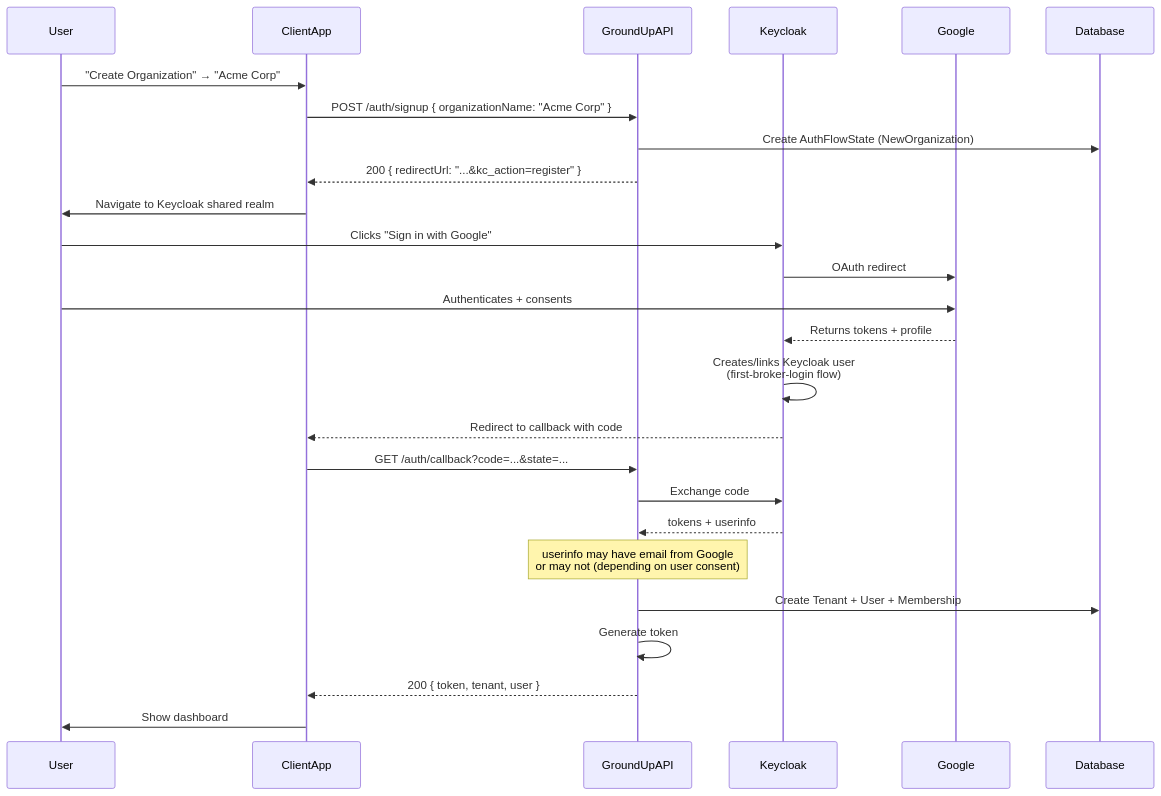
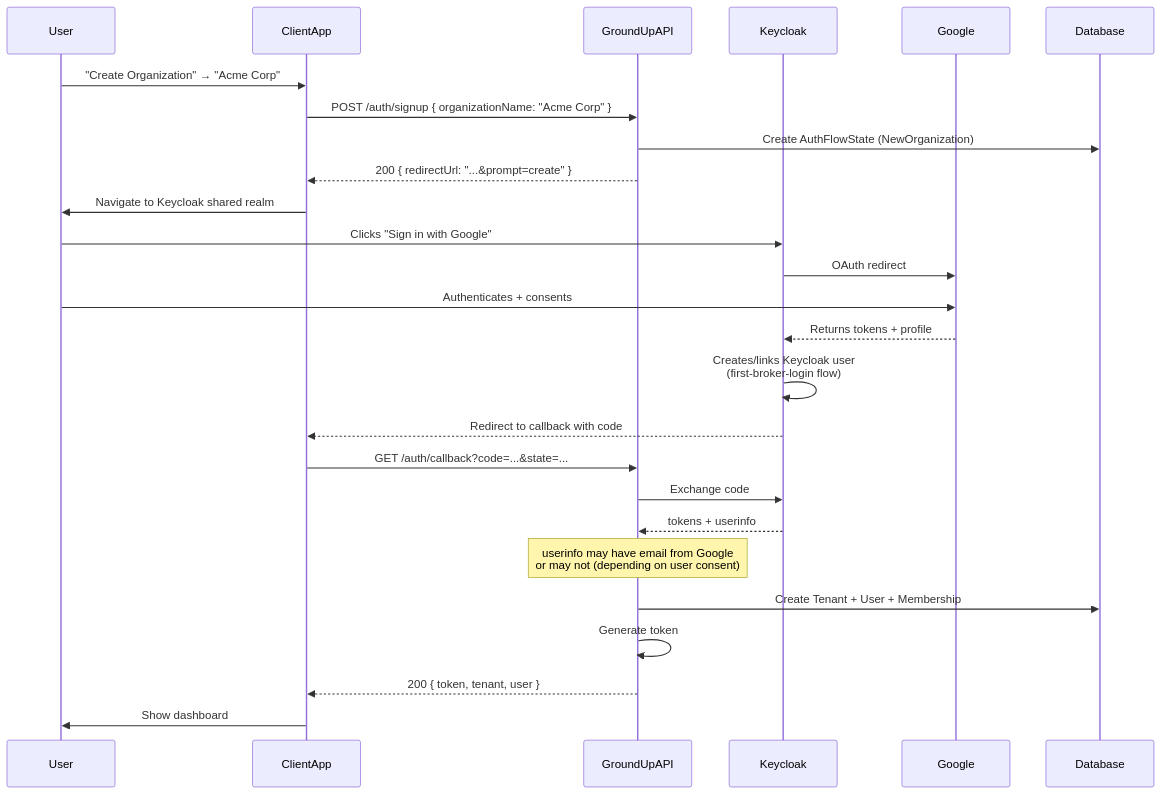
Diagram 21 of 23 in .kiro/specs/phase-10-cleanup/auth-flows-design.md (rsbst23/groundup), drawn with Mermaid before and after one commit. The commit also changed other lines of this file and 7 other files, not shown here.

````diff
--- a/.kiro/specs/phase-10-cleanup/auth-flows-design.md
+++ b/.kiro/specs/phase-10-cleanup/auth-flows-design.md
@@ -1068,29 +1070,29 @@
 ```mermaid
 sequenceDiagram
     participant User
     participant ClientApp
     participant GroundUpAPI
     participant Keycloak
     participant Google
     participant Database
 
     User->>ClientApp: "Create Organization" → "Acme Corp"
     ClientApp->>GroundUpAPI: POST /auth/signup { organizationName: "Acme Corp" }
     GroundUpAPI->>Database: Create AuthFlowState (NewOrganization)
-    GroundUpAPI-->>ClientApp: 200 { redirectUrl: "...&kc_action=register" }
+    GroundUpAPI-->>ClientApp: 200 { redirectUrl: "...&prompt=create" }
     ClientApp->>User: Navigate to Keycloak shared realm
     User->>Keycloak: Clicks "Sign in with Google"
     Keycloak->>Google: OAuth redirect
     User->>Google: Authenticates + consents
     Google-->>Keycloak: Returns tokens + profile
     Keycloak->>Keycloak: Creates/links Keycloak user<br/>(first-broker-login flow)
     Keycloak-->>ClientApp: Redirect to callback with code
     ClientApp->>GroundUpAPI: GET /auth/callback?code=...&state=...
     GroundUpAPI->>Keycloak: Exchange code
     Keycloak-->>GroundUpAPI: tokens + userinfo
     Note over GroundUpAPI: userinfo may have email from Google<br/>or may not (depending on user consent)
     GroundUpAPI->>Database: Create Tenant + User + Membership
     GroundUpAPI->>GroundUpAPI: Generate token
     GroundUpAPI-->>ClientApp: 200 { token, tenant, user }
     ClientApp->>User: Show dashboard
 ```
````
